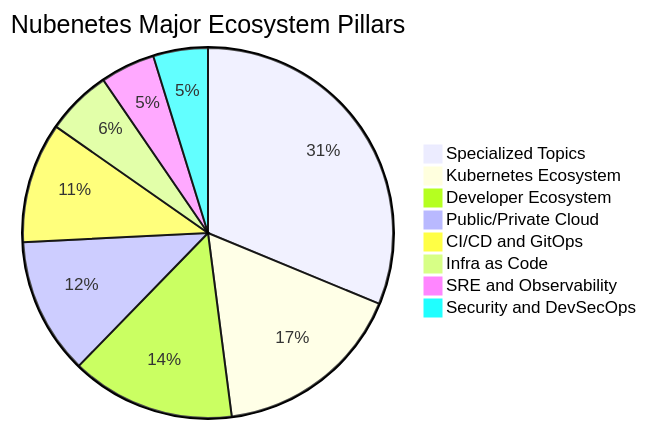
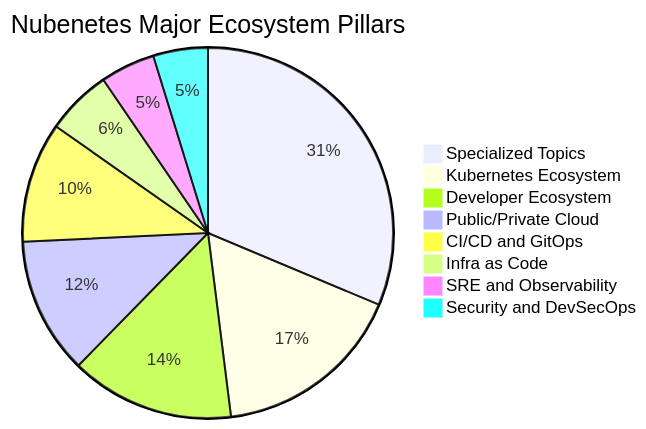
The second of 15 diagrams in README.md (nubenetes/awesome-kubernetes), drawn with Mermaid before and after one commit. The commit also changed other lines of this file and 30 other files, not shown here.

````diff
--- a/README.md
+++ b/README.md
@@ -312,11 +312,11 @@
 ```mermaid
 pie title Nubenetes Major Ecosystem Pillars
-    "Specialized Topics" : 6542
+    "Specialized Topics" : 6567
     "Kubernetes Ecosystem" : 3500
     "Developer Ecosystem" : 3000
     "Public/Private Cloud" : 2500
     "CI/CD and GitOps" : 2200
     "Infra as Code" : 1200
     "SRE and Observability" : 1000
     "Security and DevSecOps" : 1000
 ```
````
